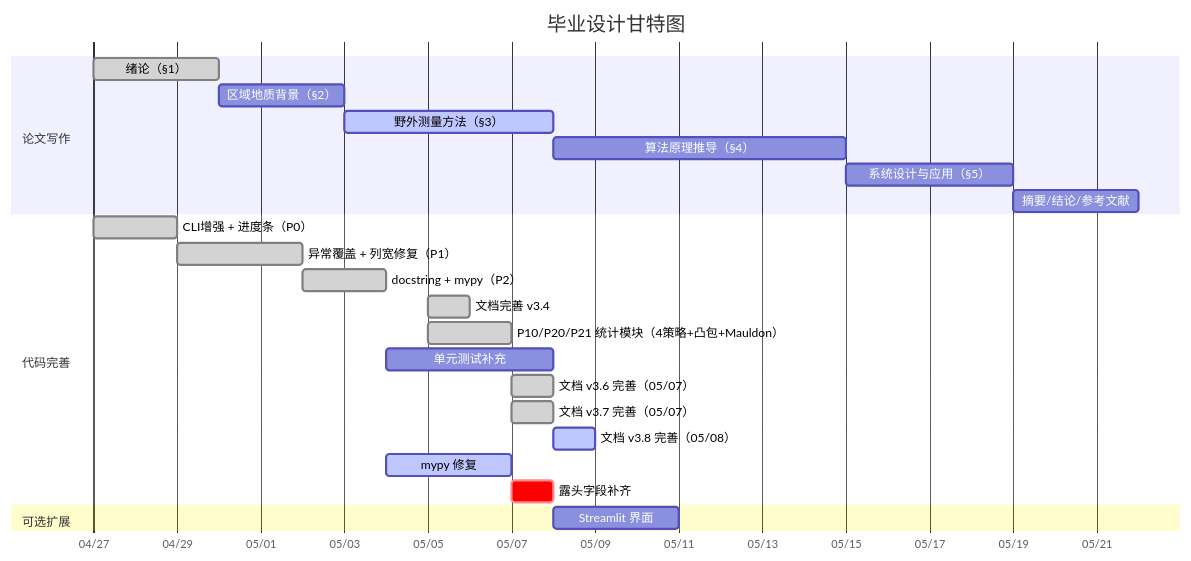
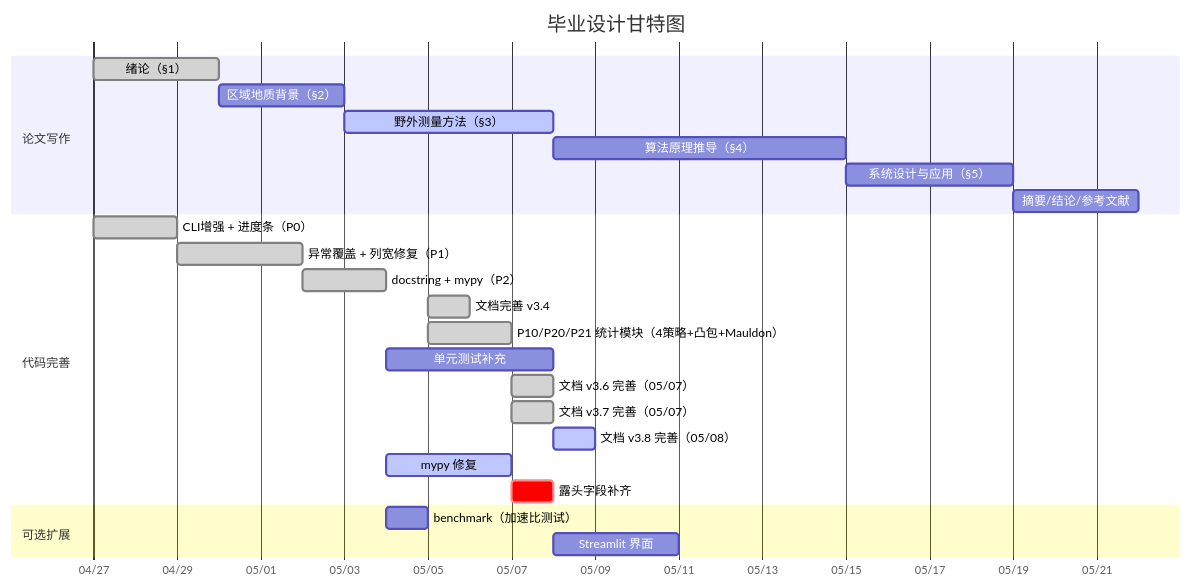
One commit to zylyes/TracePipeline changed the diagram in reference/毕业设计任务流程与预期成果.md. Above: the diagram before and after it, drawn with Mermaid. The commit also changed other lines of this file and 1 other file, not shown here.

````diff
--- a/reference/毕业设计任务流程与预期成果.md
+++ b/reference/毕业设计任务流程与预期成果.md
@@ -496,30 +474,31 @@
 ```mermaid
 gantt
     title 毕业设计甘特图
     dateFormat  YYYY-MM-DD
     axisFormat  %m/%d
 
     section 论文写作
     绪论（§1）               :done, a0, 2026-04-27, 3d
     区域地质背景（§2）        :a1, after a0, 3d
     野外测量方法（§3）        :active, a2, after a1, 5d
     算法原理推导（§4）        :a3, after a2, 7d
     系统设计与应用（§5）      :a4, after a3, 4d
     摘要/结论/参考文献        :a5, after a4, 3d
 
     section 代码完善
     CLI增强 + 进度条（P0）    :done, b1, 2026-04-27, 2d
     异常覆盖 + 列宽修复（P1） :done, b2, after b1, 3d
     docstring + mypy（P2）   :done, b3, after b2, 2d
     文档完善 v3.4             :done, c3, 2026-05-05, 1d
     P10/P20/P21 统计模块（4策略+凸包+Mauldon） :done, b5, 2026-05-05, 2d
     单元测试补充              :b4, after b3, 4d
     文档 v3.6 完善（05/07）   :done, d1, 2026-05-07, 1d
     文档 v3.7 完善（05/07）   :done, d3, 2026-05-07, 1d
     文档 v3.8 完善（05/08）   :active, d4, 2026-05-08, 1d
     mypy 修复                 :active, b6, after b3, 3d
     露头字段补齐              :crit, d2, 2026-05-07, 1d
 
     section 可选扩展
+    benchmark（加速比测试）   :b7, after b3, 1d
     Streamlit 界面            :c1, after b4, 3d
 ```
````
